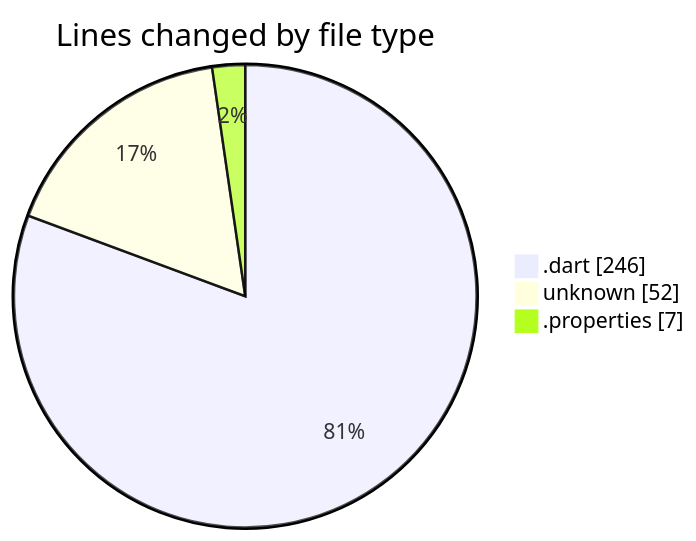
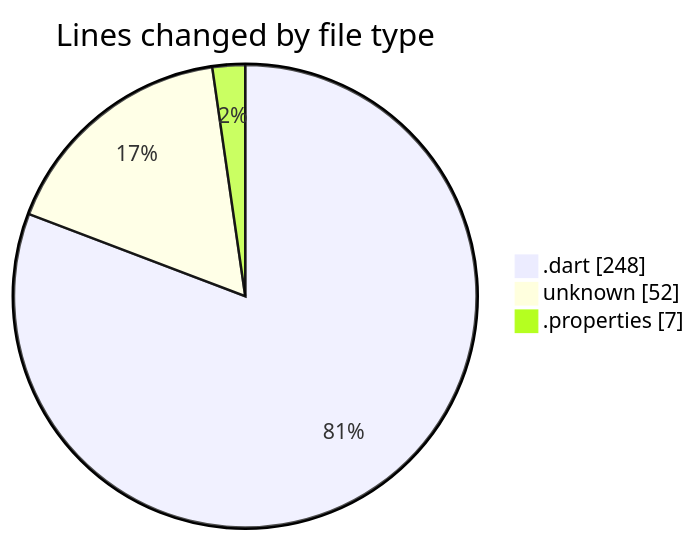
Before and after one commit to donsfak/code-tracking: the first of 2 diagrams in 2025-01-02/uber_clone/README.md, drawn with Mermaid. The commit also changed other lines of this file and 1 other file, not shown here.

````diff
--- a/2025-01-02/uber_clone/README.md
+++ b/2025-01-02/uber_clone/README.md
@@ -25,7 +25,7 @@
 ```mermaid
 pie showData
 title Lines changed by file type
-".dart" : 246
+".dart" : 248
 "unknown" : 52
 ".properties" : 7
 ```
````
